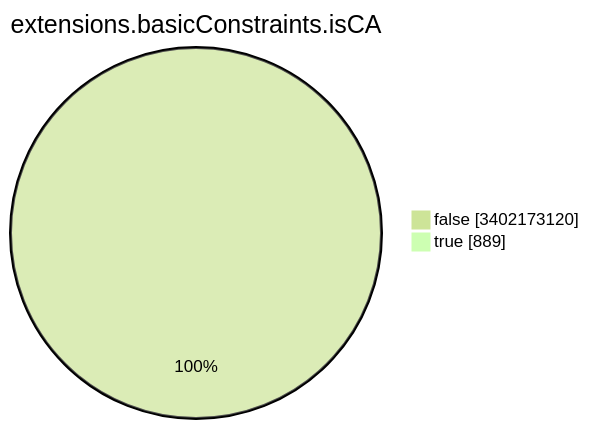
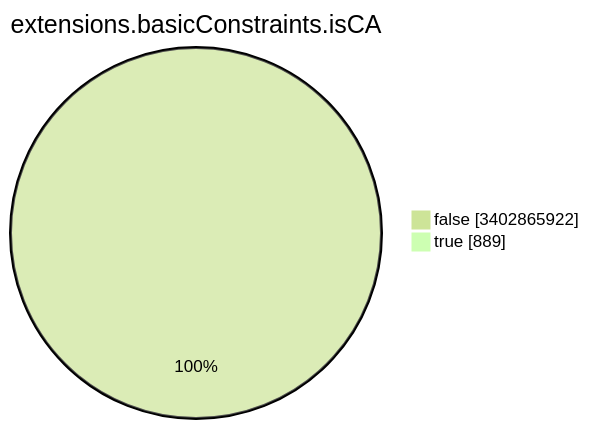
Before and after one commit to christiankrug/ctmonitor_visualization: the seventh of 15 diagrams in TOTAL/README.md, drawn with Mermaid (forest theme). The commit also changed other lines of this file, not shown here.

````diff
--- a/TOTAL/README.md
+++ b/TOTAL/README.md
@@ -3091,6 +3091,6 @@
 ```mermaid
 pie showData
 title extensions.basicConstraints.isCA
-"false" :3402173120
+"false" :3402865922
 "true" :889
 ```
````
